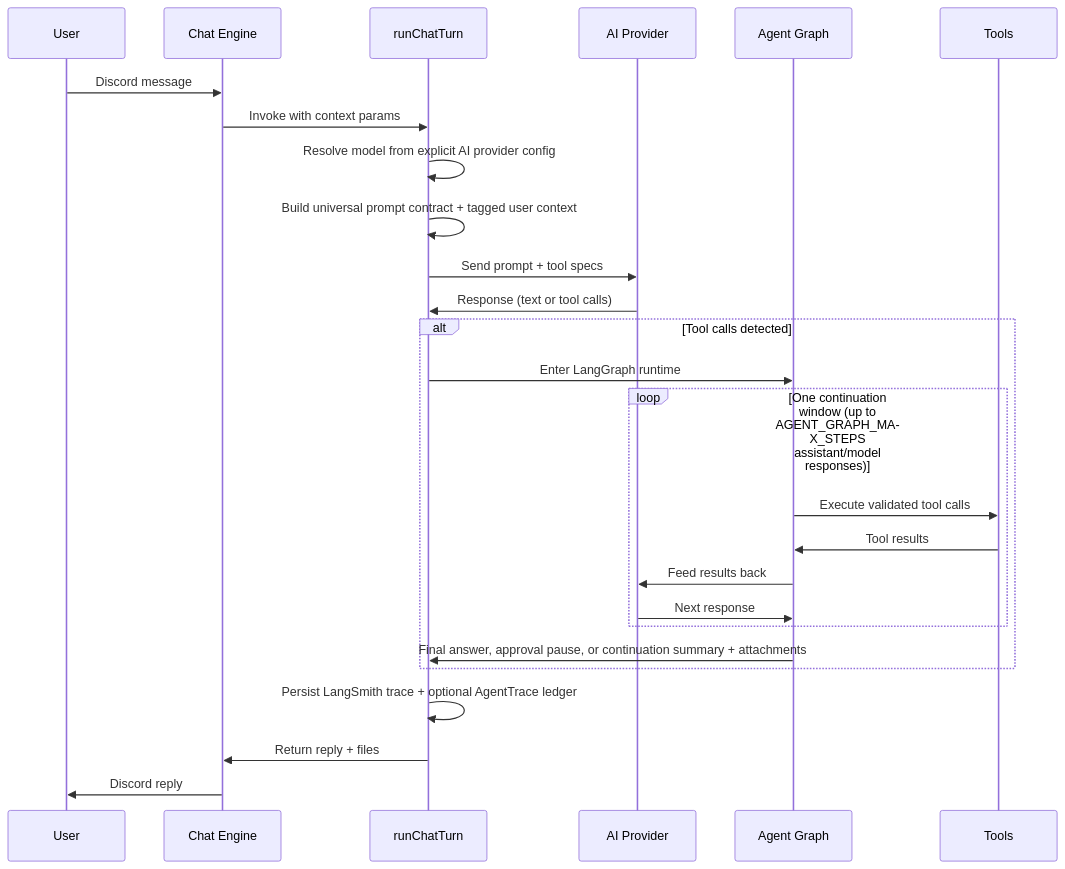
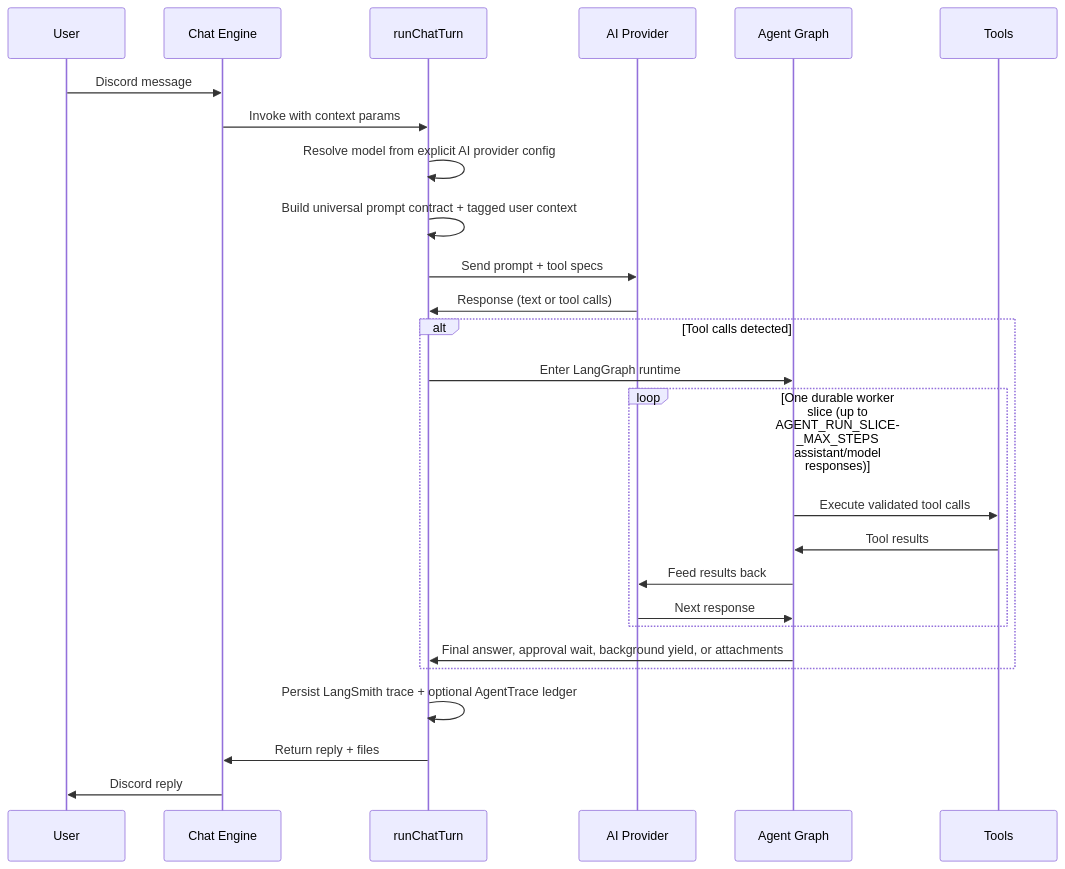
The second of 2 diagrams in docs/architecture/OVERVIEW.md (BokX1/Sage), drawn with Mermaid before and after one commit. The commit also changed other lines of this file and 40 other files, not shown here.

````diff
--- a/docs/architecture/OVERVIEW.md
+++ b/docs/architecture/OVERVIEW.md
@@ -102,31 +102,31 @@
 ```mermaid
 sequenceDiagram
     participant U as User
     participant CE as Chat Engine
     participant RT as runChatTurn
     participant LLM as AI Provider
     participant AG as Agent Graph
     participant T as Tools
 
     U->>CE: Discord message
     CE->>RT: Invoke with context params
     RT->>RT: Resolve model from explicit AI provider config
     RT->>RT: Build universal prompt contract + tagged user context
     RT->>LLM: Send prompt + tool specs
     LLM->>RT: Response (text or tool calls)
 
     alt Tool calls detected
         RT->>AG: Enter LangGraph runtime
-        loop One continuation window (up to AGENT_GRAPH_MAX_STEPS assistant/model responses)
+        loop One durable worker slice (up to AGENT_RUN_SLICE_MAX_STEPS assistant/model responses)
             AG->>T: Execute validated tool calls
             T->>AG: Tool results
             AG->>LLM: Feed results back
             LLM->>AG: Next response
         end
-        AG->>RT: Final answer, approval pause, or continuation summary + attachments
+        AG->>RT: Final answer, approval wait, background yield, or attachments
     end
 
     RT->>RT: Persist LangSmith trace + optional AgentTrace ledger
     RT->>CE: Return reply + files
     CE->>U: Discord reply
 ```
````
